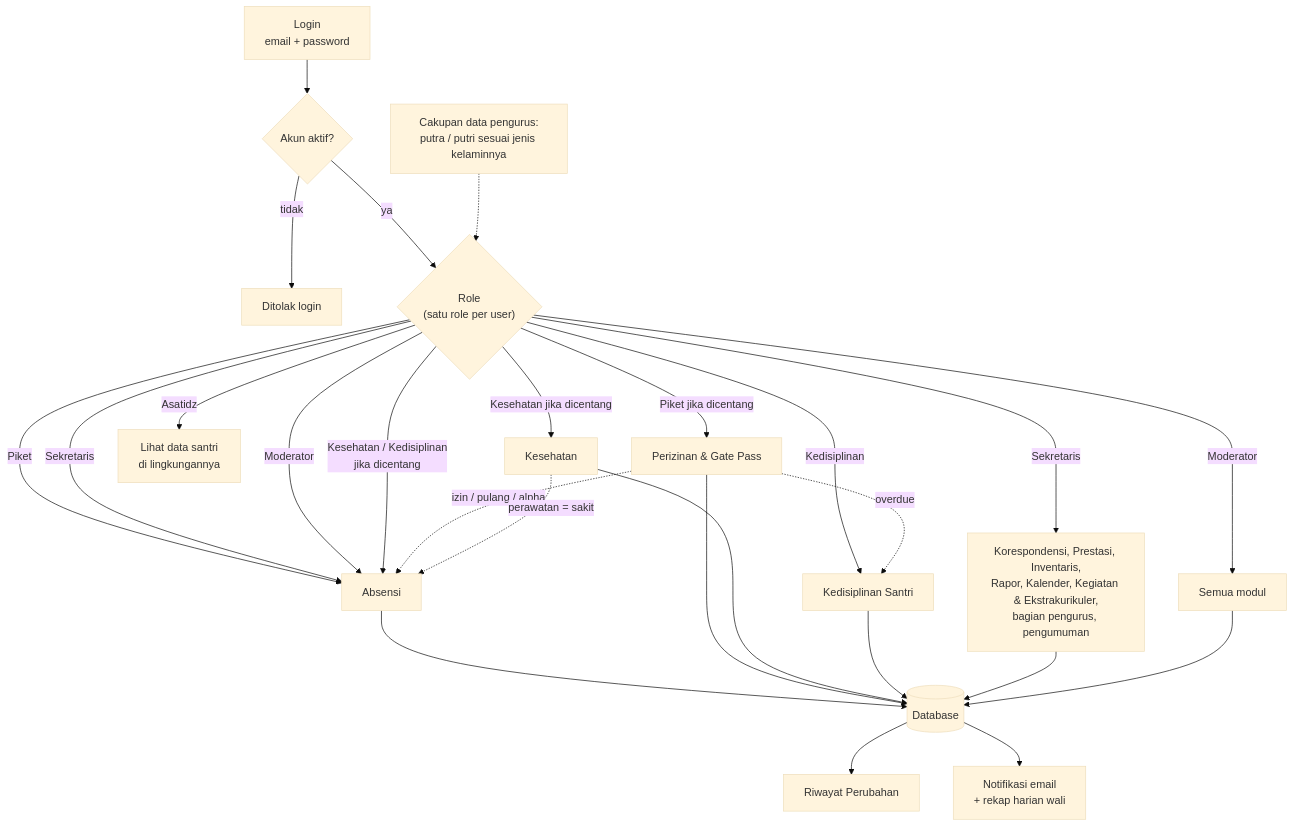
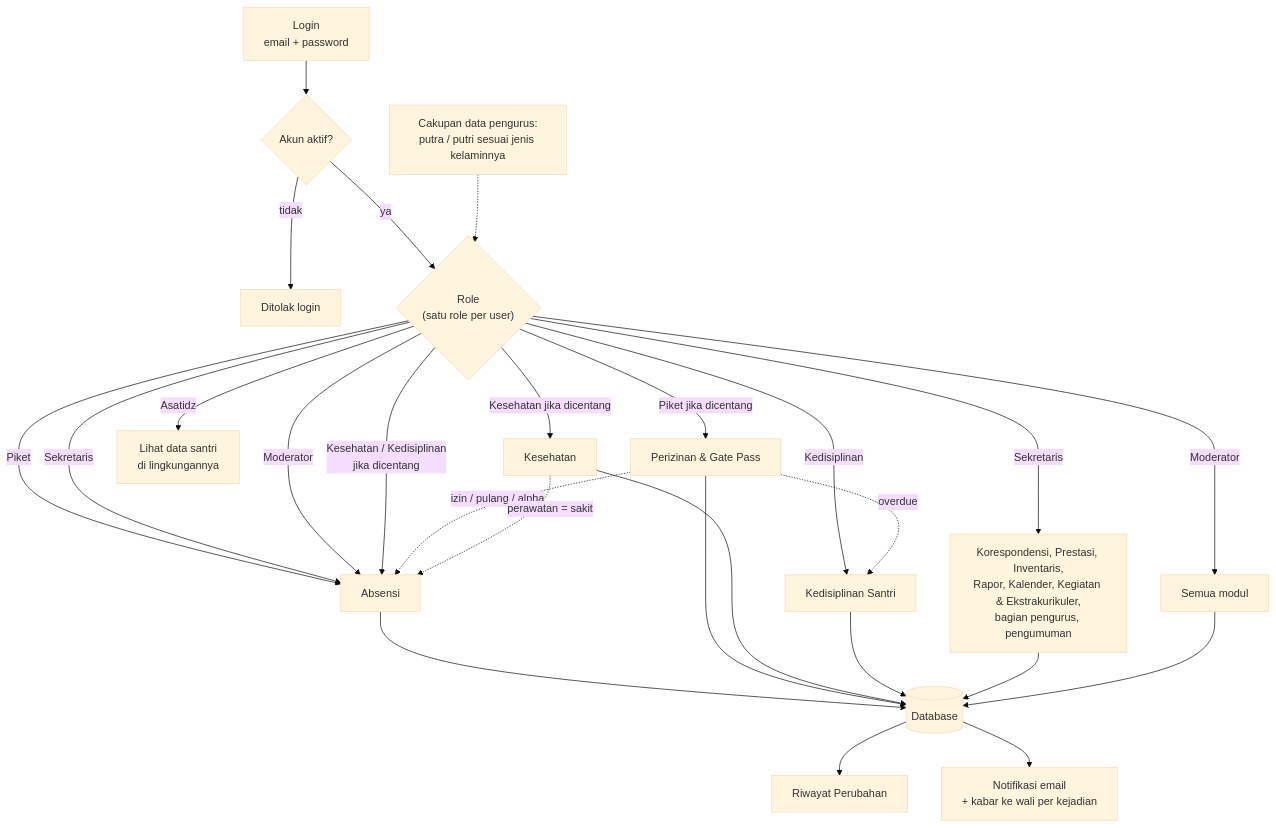
One commit to SiJao/ProjectJao changed the first of 6 diagrams in README.md. Above: the diagram before and after it, drawn with Mermaid (base theme). The commit also changed other lines of this file, not shown here.

First line of the commit message:
README: Manajemen Akses (hanya Moderator) dan info ke wali per kejadian

````diff
--- a/README.md
+++ b/README.md
@@ -245,33 +245,33 @@
 ```mermaid
 flowchart TD
     A["Login<br/>email + password"] --> B{"Akun aktif?"}
     B -- "tidak" --> Z["Ditolak login"]
     B -- "ya" --> C{"Role<br/>(satu role per user)"}
 
     C -- "Piket" --> M1["Absensi"]
     C -- "Sekretaris" --> M1
     C -- "Moderator" --> M1
     C -- "Kesehatan / Kedisiplinan<br/>jika dicentang" --> M1
 
     C -- "Piket jika dicentang" --> M2["Perizinan & Gate Pass"]
     C -- "Kesehatan jika dicentang" --> M3["Kesehatan"]
     C -- "Kedisiplinan" --> M4["Kedisiplinan Santri"]
     C -- "Sekretaris" --> M5["Korespondensi, Prestasi, Inventaris,<br/>Rapor, Kalender, Kegiatan & Ekstrakurikuler,<br/>bagian pengurus, pengumuman"]
     C -- "Asatidz" --> M6["Lihat data santri<br/>di lingkungannya"]
     C -- "Moderator" --> M7["Semua modul"]
 
     S["Cakupan data pengurus:<br/>putra / putri sesuai jenis kelaminnya"] -.-> C
 
     M2 -. "overdue" .-> M4
     M2 -. "izin / pulang / alpha" .-> M1
     M3 -. "perawatan = sakit" .-> M1
 
     M1 --> DB[("Database")]
     M2 --> DB
     M3 --> DB
     M4 --> DB
     M5 --> DB
     M7 --> DB
     DB --> L["Riwayat Perubahan"]
-    DB --> N["Notifikasi email<br/>+ rekap harian wali"]
+    DB --> N["Notifikasi email<br/>+ kabar ke wali per kejadian"]
 ```
````
